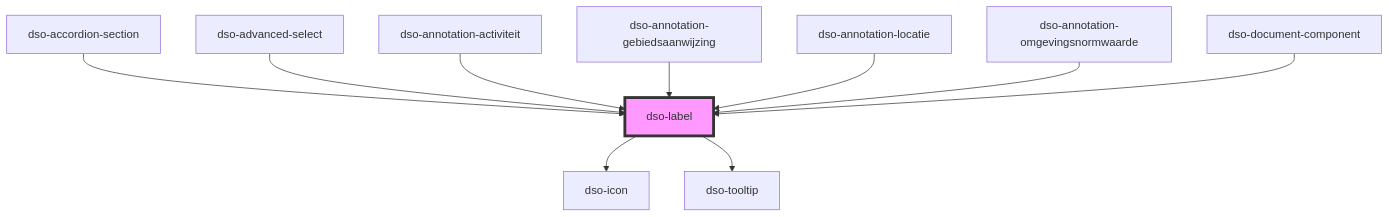
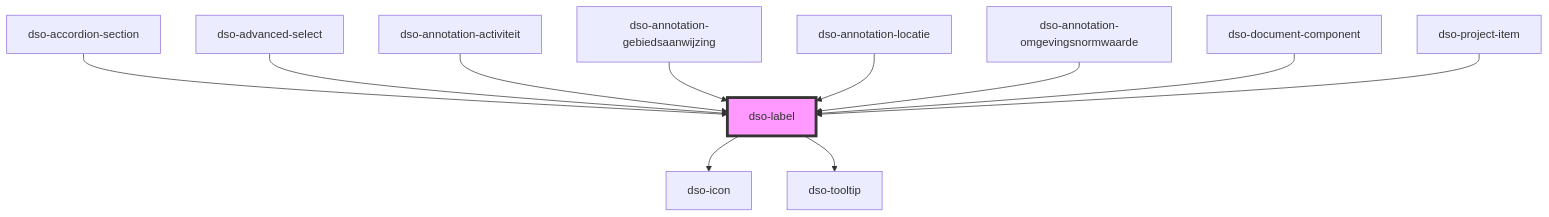
One commit to dso-toolkit/dso-toolkit changed the diagram in packages/core/src/components/label/readme.md. Above: the diagram before and after it, drawn with Mermaid. The commit also changed other lines of this file and 13 other files, not shown here.

Commit message:
#2779 [Added] Project Item: Nieuw component

````diff
--- a/packages/core/src/components/label/readme.md
+++ b/packages/core/src/components/label/readme.md
@@ -47,13 +48,14 @@
 ```mermaid
 graph TD;
   dso-label --> dso-icon
   dso-label --> dso-tooltip
   dso-accordion-section --> dso-label
   dso-advanced-select --> dso-label
   dso-annotation-activiteit --> dso-label
   dso-annotation-gebiedsaanwijzing --> dso-label
   dso-annotation-locatie --> dso-label
   dso-annotation-omgevingsnormwaarde --> dso-label
   dso-document-component --> dso-label
+  dso-project-item --> dso-label
   style dso-label fill:#f9f,stroke:#333,stroke-width:4px
 ```
````
